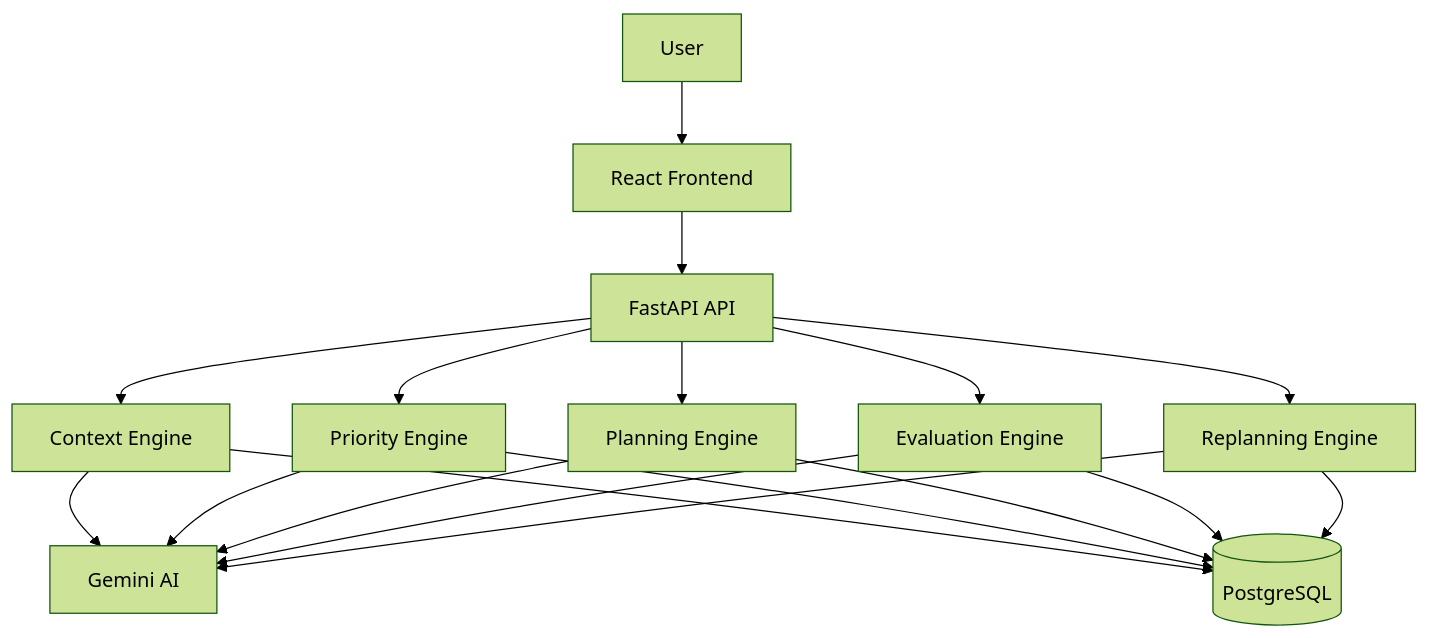
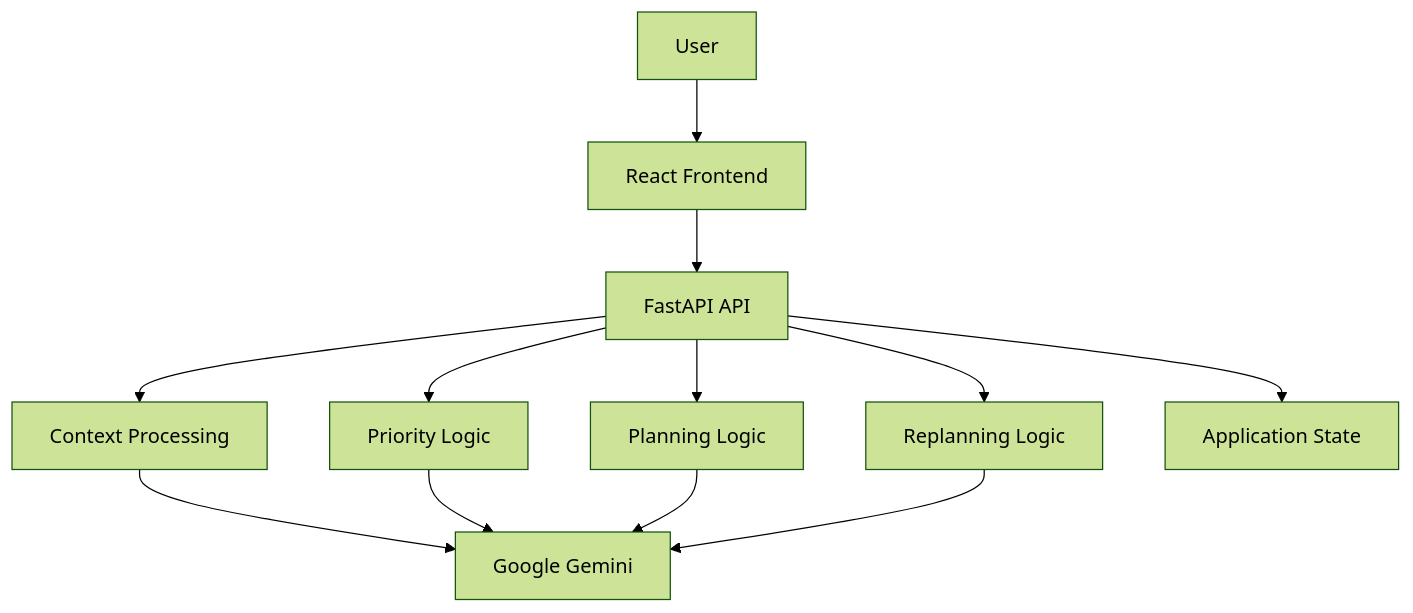
The diagram in README.md (dhanush080607/adaptive-action), drawn with Mermaid (forest theme) before and after one commit. The commit also changed other lines of this file, not shown here.

````diff
--- a/README.md
+++ b/README.md
@@ -493,24 +478,18 @@
 ```mermaid
 flowchart TB
     U[User] --> F[React Frontend]
 
     F --> API[FastAPI API]
 
-    API --> C[Context Engine]
-    API --> P[Priority Engine]
-    API --> PL[Planning Engine]
-    API --> E[Evaluation Engine]
-    API --> R[Replanning Engine]
+    API --> C[Context Processing]
+    API --> P[Priority Logic]
+    API --> PL[Planning Logic]
+    API --> R[Replanning Logic]
 
-    C --> AI[Gemini AI]
+    C --> AI[Google Gemini]
     P --> AI
     PL --> AI
-    E --> AI
     R --> AI
 
-    C --> DB[(PostgreSQL)]
-    P --> DB
-    PL --> DB
-    E --> DB
-    R --> DB
+    API --> STATE[Application State]
 ```
````
